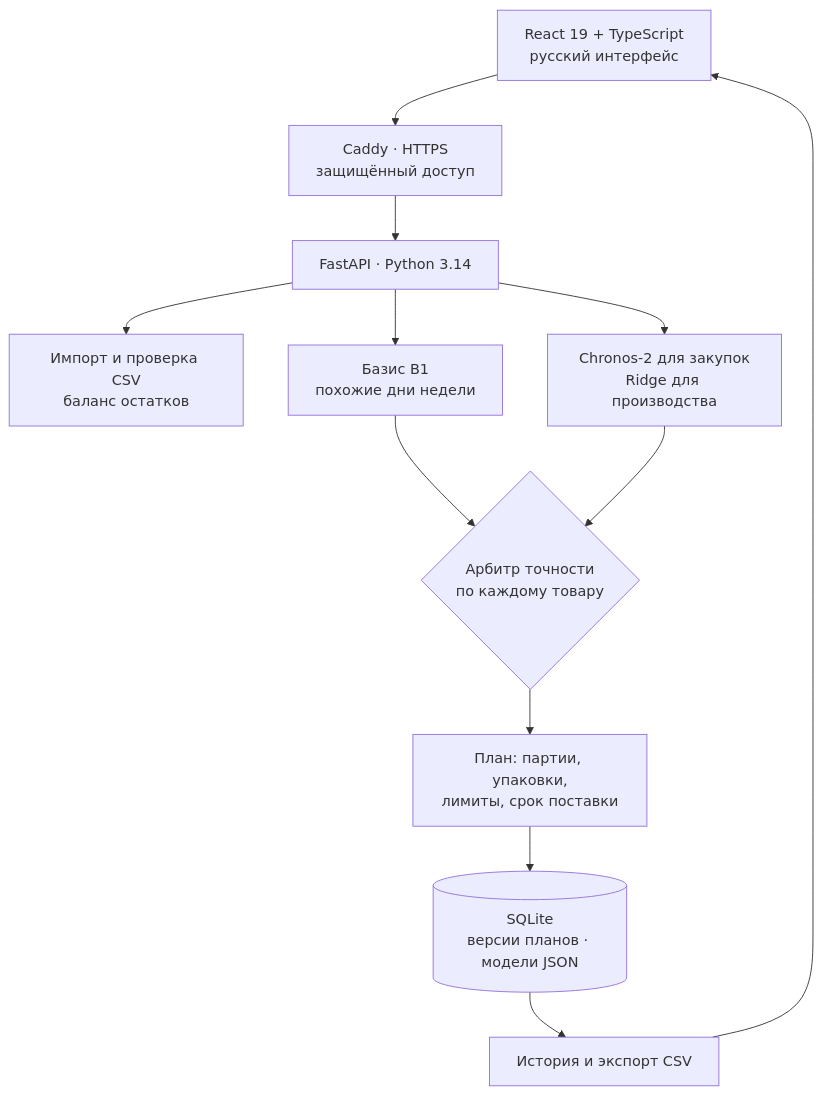
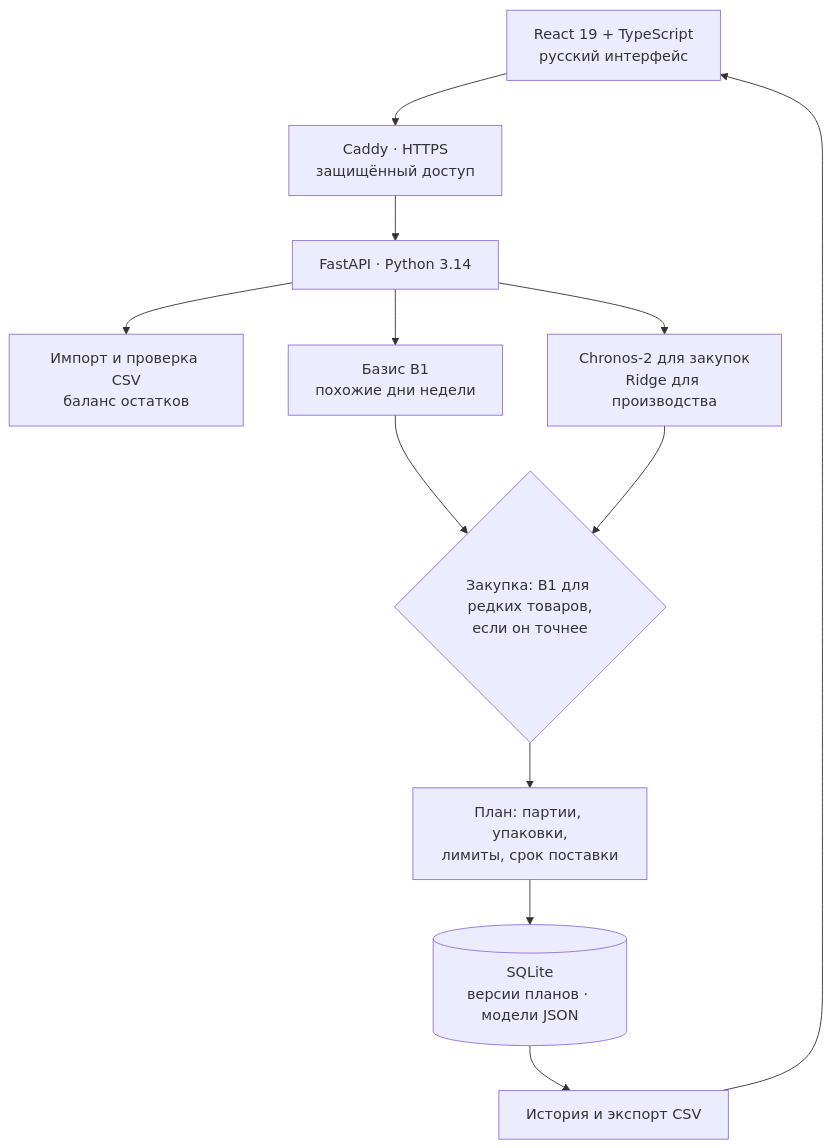
Before and after one commit to Nurlan-byte/byte: the second of 2 diagrams in README.md, drawn with Mermaid. The commit also changed other lines of this file and 12 other files, not shown here.

````diff
--- a/README.md
+++ b/README.md
@@ -124,14 +123,14 @@
 ```mermaid
 flowchart TB
     UI["React 19 + TypeScript<br/>русский интерфейс"] --> GW["Caddy · HTTPS<br/>защищённый доступ"]
     GW --> API["FastAPI · Python 3.14"]
     API --> IMP["Импорт и проверка CSV<br/>баланс остатков"]
     API --> B1["Базис B1<br/>похожие дни недели"]
     API --> ML["Chronos-2 для закупок<br/>Ridge для производства"]
-    B1 --> ARB{"Арбитр точности<br/>по каждому товару"}
+    B1 --> ARB{"Закупка: B1 для редких товаров,<br/>если он точнее"}
     ML --> ARB
     ARB --> PLAN["План: партии, упаковки,<br/>лимиты, срок поставки"]
     PLAN --> DB[("SQLite<br/>версии планов · модели JSON")]
     DB --> OUT["История и экспорт CSV"]
     OUT --> UI
 ```
````
